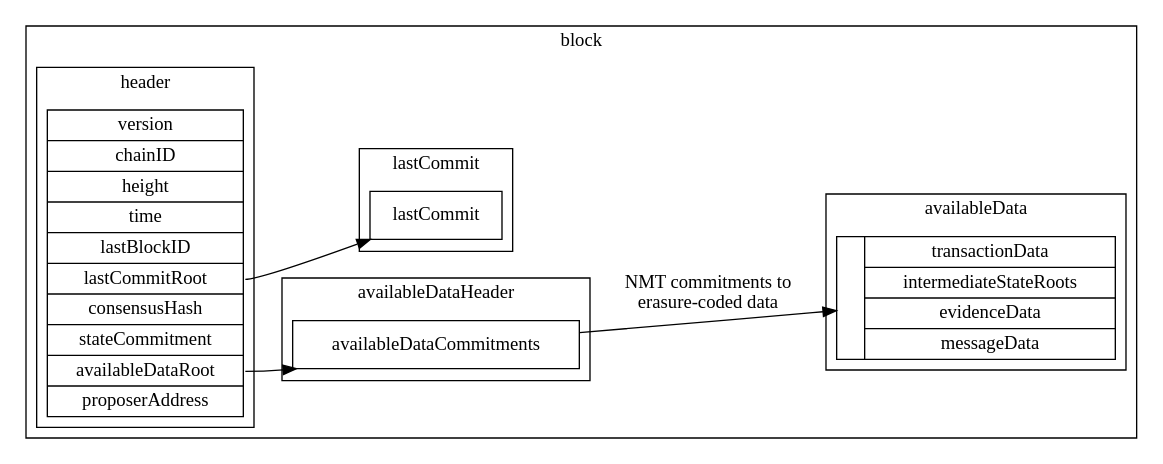
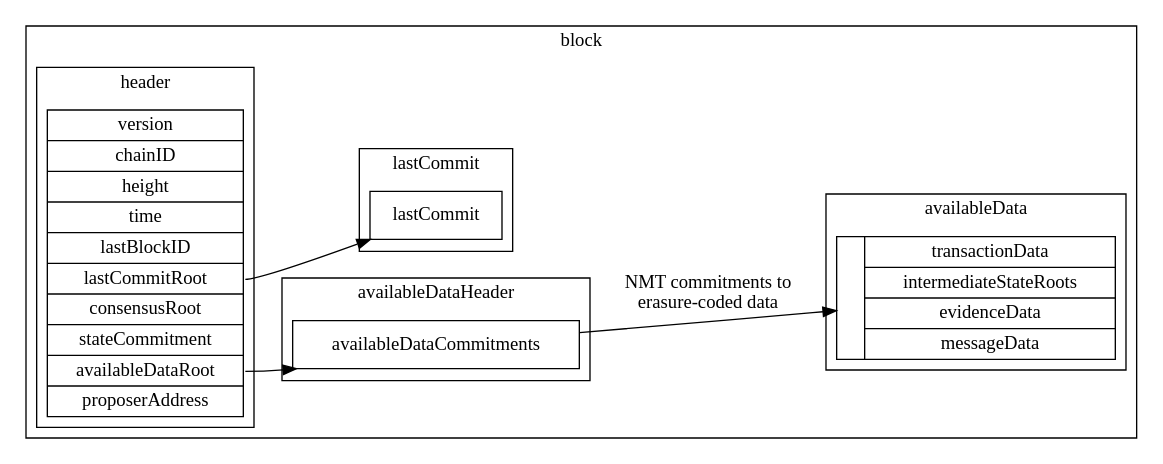
Before and after one commit to celestiaorg/celestia-specs: the diagram in specs/figures/block_data_structures.dot, drawn with Graphviz. The commit also changed 2 other files, not shown here.

Commit message:
Refactor consensus hash to consensus root. Get ready to specify consensus parameters.

```diff
--- a/specs/figures/block_data_structures.dot
+++ b/specs/figures/block_data_structures.dot
@@ -1,36 +1,36 @@
 digraph G {
     rankdir = "LR";
     node [shape = record];
 
     subgraph cluster_block {
         label = "block";
 
         subgraph cluster_availableheader {
             label = "availableDataHeader";
             struct4 [label = "{<f0> availableDataCommitments}"];
         }
 
         subgraph cluster_body {
             label = "availableData";
             struct3 [label = "{ | { transactionData | intermediateStateRoots | evidenceData | messageData } }"];
         }
 
         subgraph cluster_lastcommit {
             label = "lastCommit";
             struct2 [label = "{lastCommit}"];
         }
 
         subgraph cluster_header {
             label = "header";
-            struct1 [label = "version | chainID | height | time | lastBlockID | <f5> lastCommitRoot | consensusHash | stateCommitment | <f8> availableDataRoot | proposerAddress"];
+            struct1 [label = "version | chainID | height | time | lastBlockID | <f5> lastCommitRoot | consensusRoot | stateCommitment | <f8> availableDataRoot | proposerAddress"];
         }
     }
 
     struct1:f5 -> struct2;
     struct1:f8 -> struct4;
     struct4:f0 -> struct3 [label = "NMT commitments to\nerasure-coded data"];
 
     edge [style = invis];
     struct1 -> struct3;
     struct1 -> struct4;
 }
```
